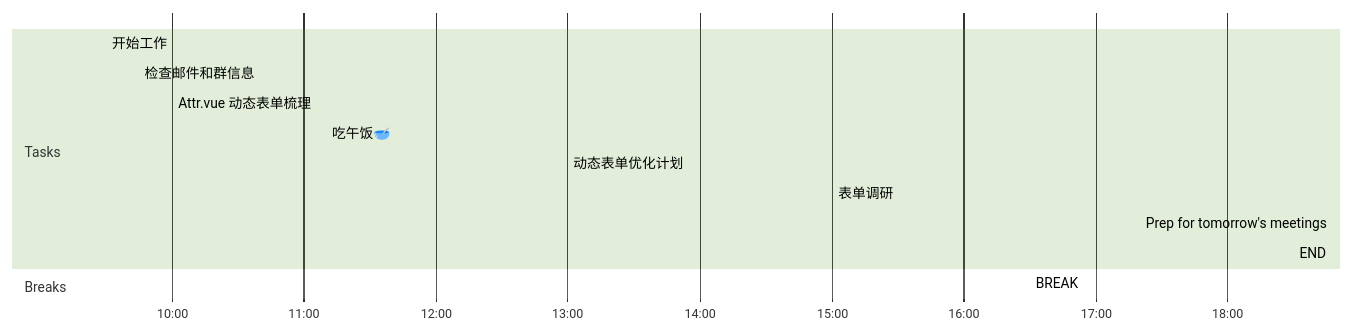
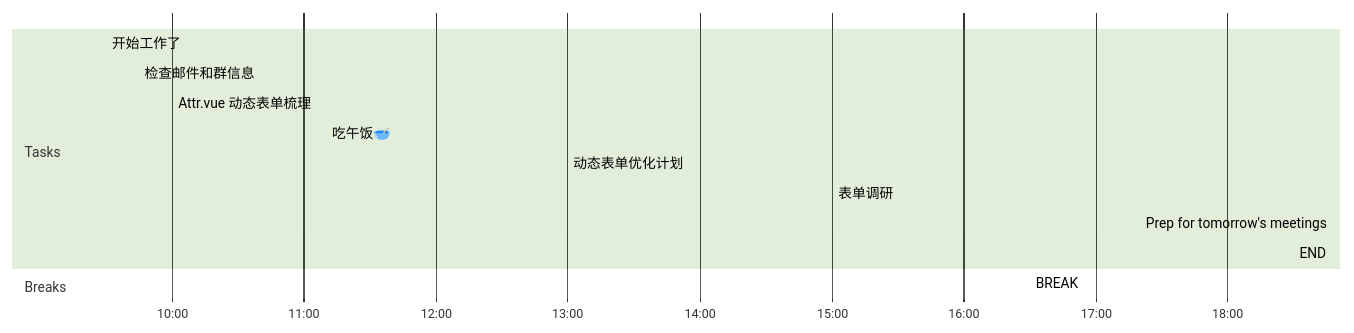
One commit to rich1e/notes changed the diagram in Day Planner/202210/Day Planner-20221028.md. Above: the diagram before and after it, drawn with Mermaid (forest theme). The commit also changed 27 other files, not shown here.

````diff
--- a/Day Planner/202210/Day Planner-20221028.md
+++ b/Day Planner/202210/Day Planner-20221028.md
@@ -2,17 +2,17 @@
 ```mermaid
 gantt
     dateFormat  HH-mm
     axisFormat %H:%M
     %% Current Time: 18:35:23
     section Tasks
-    开始工作     :09-30, 15mm
+    开始工作了     :09-30, 15mm
     检查邮件和群信息     :09-45, 15mm
     Attr.vue 动态表单梳理     :10-00, 70mm
     吃午饭🥣     :11-10, 110mm
     动态表单优化计划     :13-00, 120mm
     表单调研     :15-00, 90mm
     Prep for tomorrow's meetings     :17-20, 70mm
     END     :18-30, 0mm
     section Breaks
     BREAK     :16-30, 50mm
 ```
````
